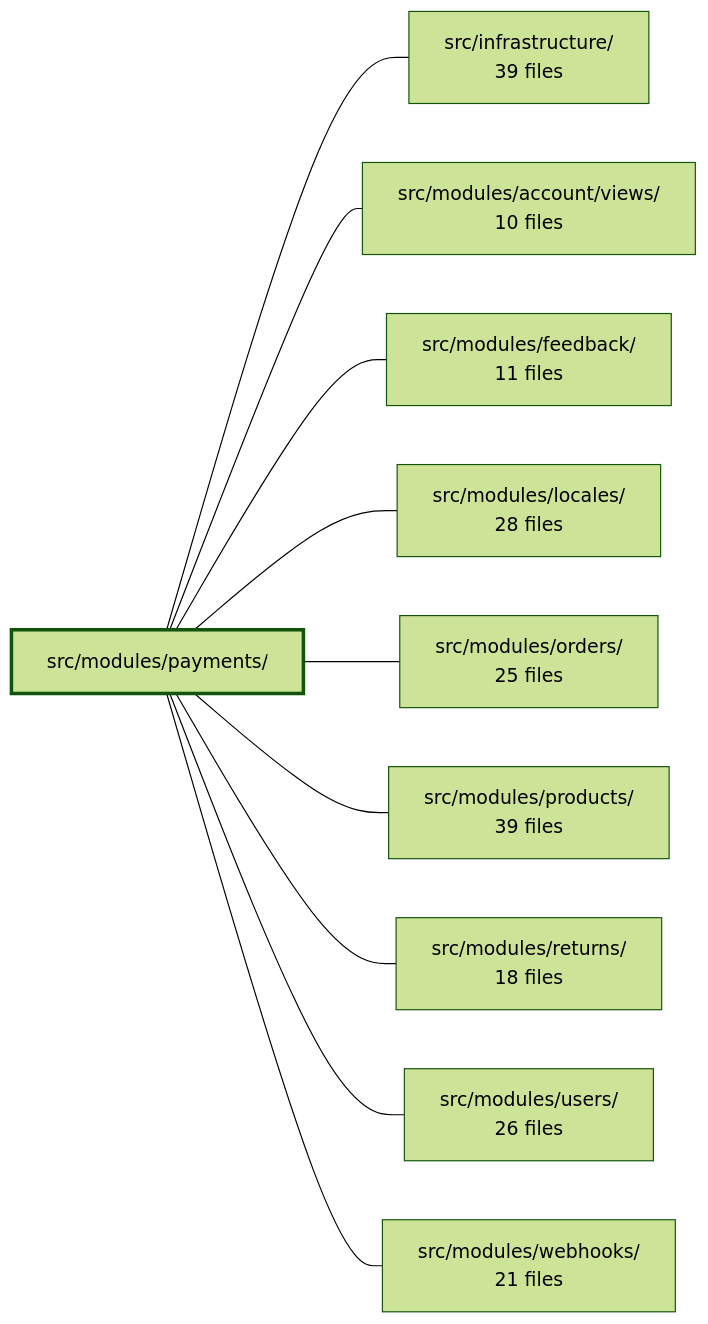
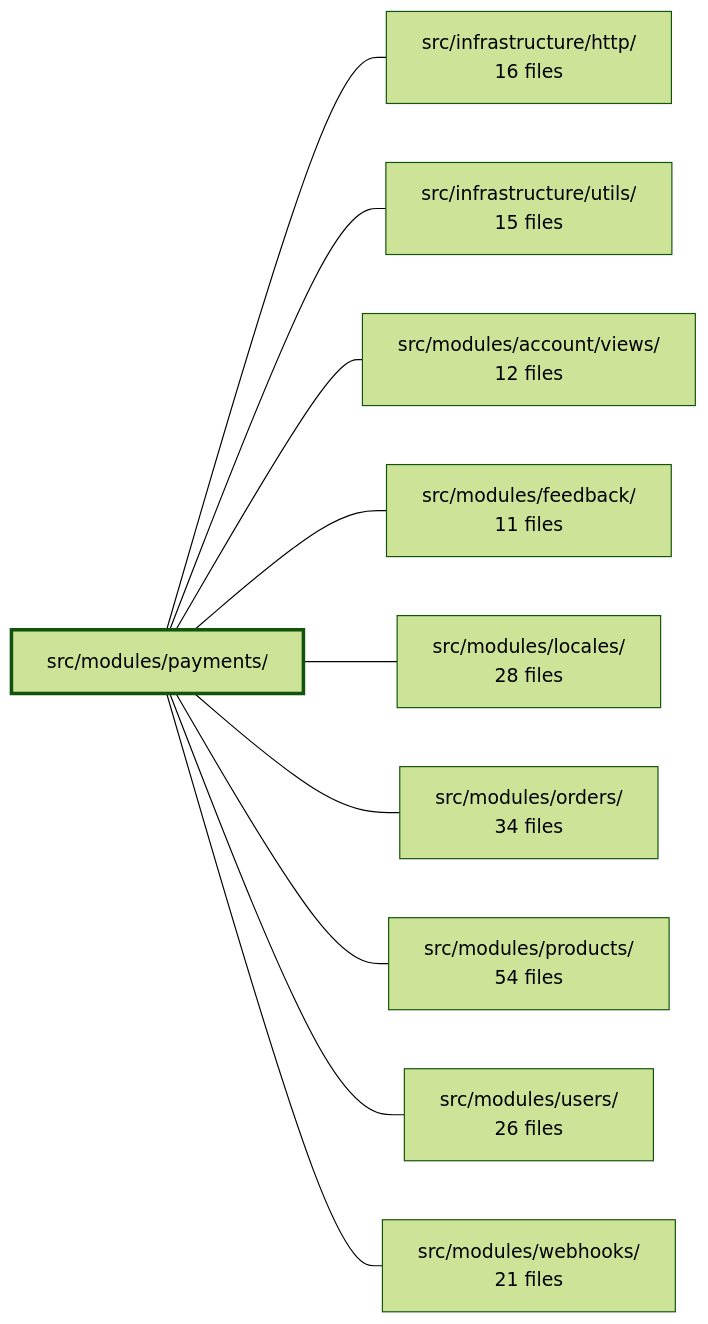
The diagram in .2brain/modules/boilerplate-vue-frontend_src_modules_payments.md (Guebbit/boilerplate-vue-frontend), drawn with Mermaid (forest theme) before and after one commit. The commit also changed other lines of this file and 960 other files, not shown here.

````diff
--- a/.2brain/modules/boilerplate-vue-frontend_src_modules_payments.md
+++ b/.2brain/modules/boilerplate-vue-frontend_src_modules_payments.md
@@ -42,23 +41,23 @@
 ```mermaid
 flowchart LR
     m_src_modules_payments["src/modules/payments/"]
-    m_src_infrastructure["src/infrastructure/<br/>39 files"]
-    m_src_modules_account_views["src/modules/account/views/<br/>10 files"]
+    m_src_infrastructure_http["src/infrastructure/http/<br/>16 files"]
+    m_src_infrastructure_utils["src/infrastructure/utils/<br/>15 files"]
+    m_src_modules_account_views["src/modules/account/views/<br/>12 files"]
     m_src_modules_feedback["src/modules/feedback/<br/>11 files"]
     m_src_modules_locales["src/modules/locales/<br/>28 files"]
-    m_src_modules_orders["src/modules/orders/<br/>25 files"]
-    m_src_modules_products["src/modules/products/<br/>39 files"]
-    m_src_modules_returns["src/modules/returns/<br/>18 files"]
+    m_src_modules_orders["src/modules/orders/<br/>34 files"]
+    m_src_modules_products["src/modules/products/<br/>54 files"]
     m_src_modules_users["src/modules/users/<br/>26 files"]
     m_src_modules_webhooks["src/modules/webhooks/<br/>21 files"]
-    m_src_modules_payments --- m_src_infrastructure
+    m_src_modules_payments --- m_src_infrastructure_http
+    m_src_modules_payments --- m_src_infrastructure_utils
     m_src_modules_payments --- m_src_modules_account_views
     m_src_modules_payments --- m_src_modules_feedback
     m_src_modules_payments --- m_src_modules_locales
     m_src_modules_payments --- m_src_modules_orders
     m_src_modules_payments --- m_src_modules_products
-    m_src_modules_payments --- m_src_modules_returns
     m_src_modules_payments --- m_src_modules_users
     m_src_modules_payments --- m_src_modules_webhooks
     style m_src_modules_payments stroke-width:3px
 ```
````
